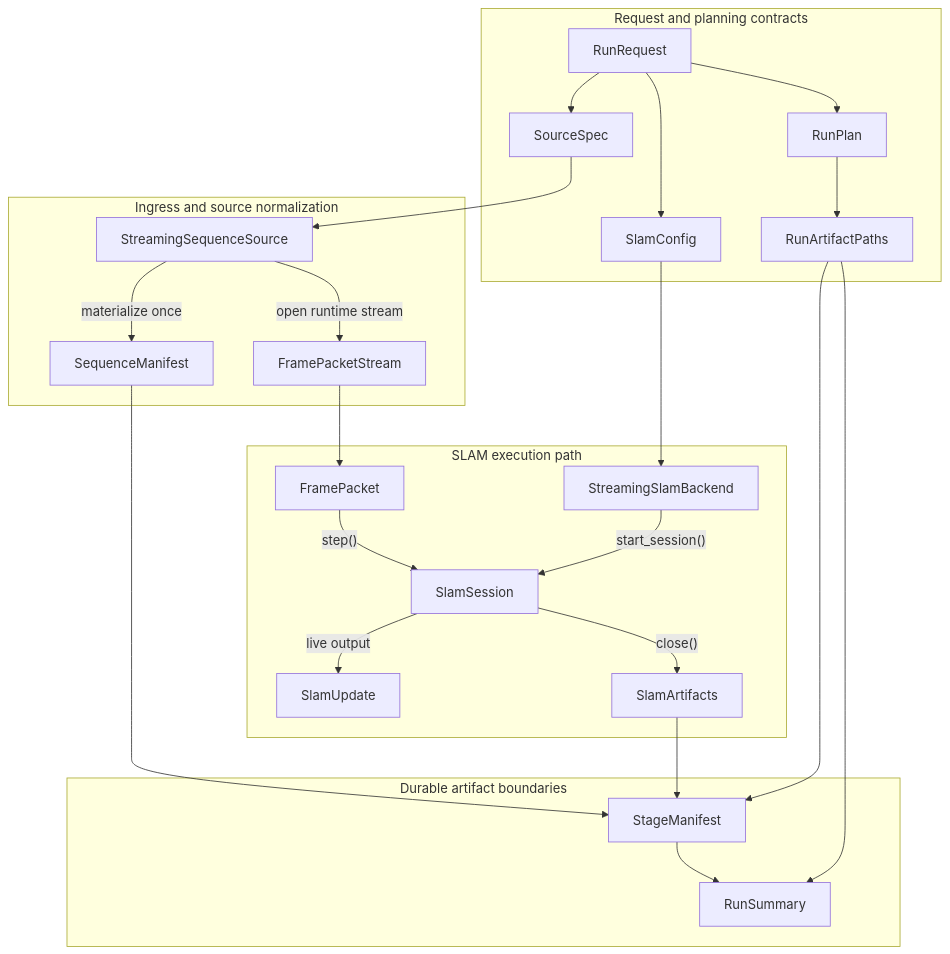
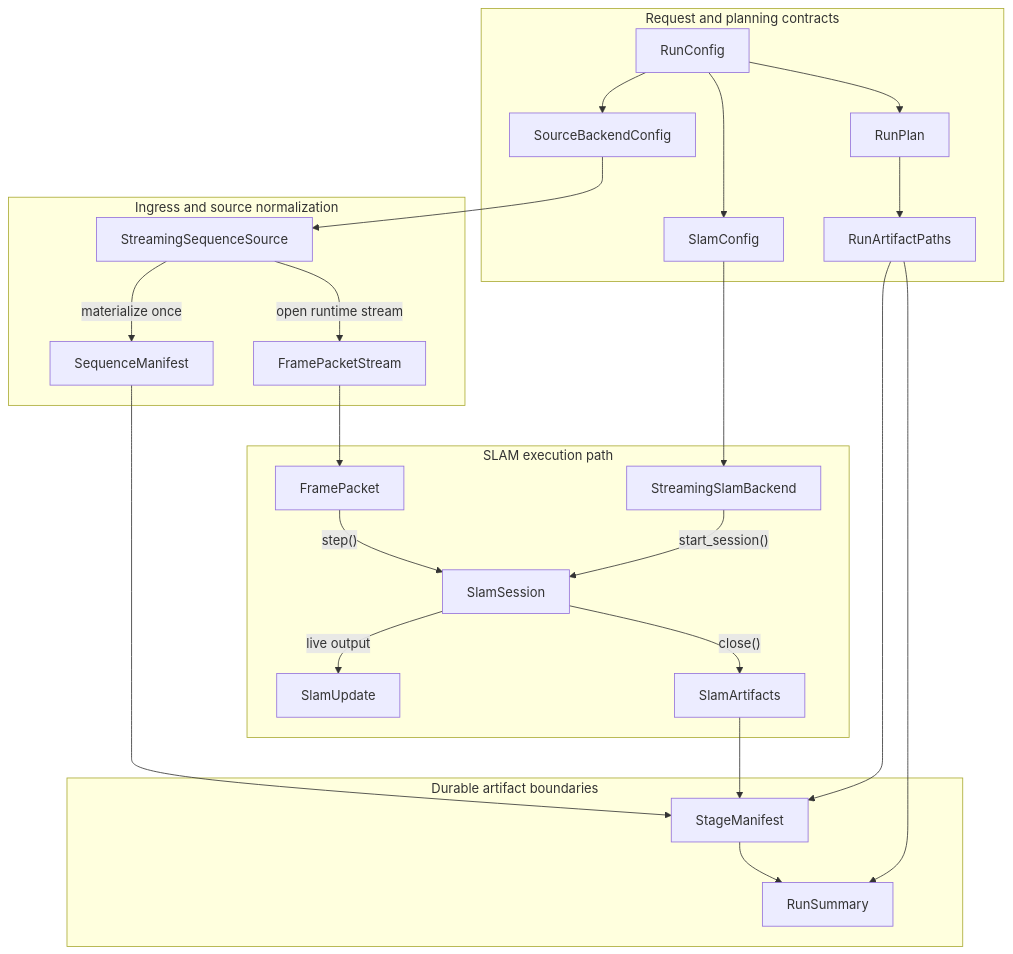
The diagram in docs/figures/mermaid/mermaid_pipeline_boundaries.mmd (JanDuchscherer104/prml-vslam), drawn with Mermaid before and after one commit. The commit also changed 26 other files, not shown here.

Commit message:
docs: update stage ownership architecture

```diff
--- a/docs/figures/mermaid/mermaid_pipeline_boundaries.mmd
+++ b/docs/figures/mermaid/mermaid_pipeline_boundaries.mmd
@@ -1,45 +1,45 @@
 flowchart TD
     subgraph request["Request and planning contracts"]
-        Request["RunRequest"]
-        SourceCfg["SourceSpec"]
+        Request["RunConfig"]
+        SourceCfg["SourceBackendConfig"]
         SlamCfg["SlamConfig"]
         Plan["RunPlan"]
         Paths["RunArtifactPaths"]
         Request --> SourceCfg
         Request --> SlamCfg
         Request --> Plan
         Plan --> Paths
     end
 
     subgraph ingress["Ingress and source normalization"]
         Source["StreamingSequenceSource"]
         Manifest["SequenceManifest"]
         Stream["FramePacketStream"]
         SourceCfg --> Source
         Source -->|"materialize once"| Manifest
         Source -->|"open runtime stream"| Stream
     end
 
     subgraph execution["SLAM execution path"]
         Backend["StreamingSlamBackend"]
         Session["SlamSession"]
         Packet["FramePacket"]
         Update["SlamUpdate"]
         Artifacts["SlamArtifacts"]
         SlamCfg --> Backend
         Backend -->|"start_session()"| Session
         Stream --> Packet
         Packet -->|"step()"| Session
         Session -->|"live output"| Update
         Session -->|"close()"| Artifacts
     end
 
     subgraph durable["Durable artifact boundaries"]
         StageManifest["StageManifest"]
         Summary["RunSummary"]
         Manifest --> StageManifest
         Artifacts --> StageManifest
         Paths --> StageManifest
         StageManifest --> Summary
         Paths --> Summary
     end
```
